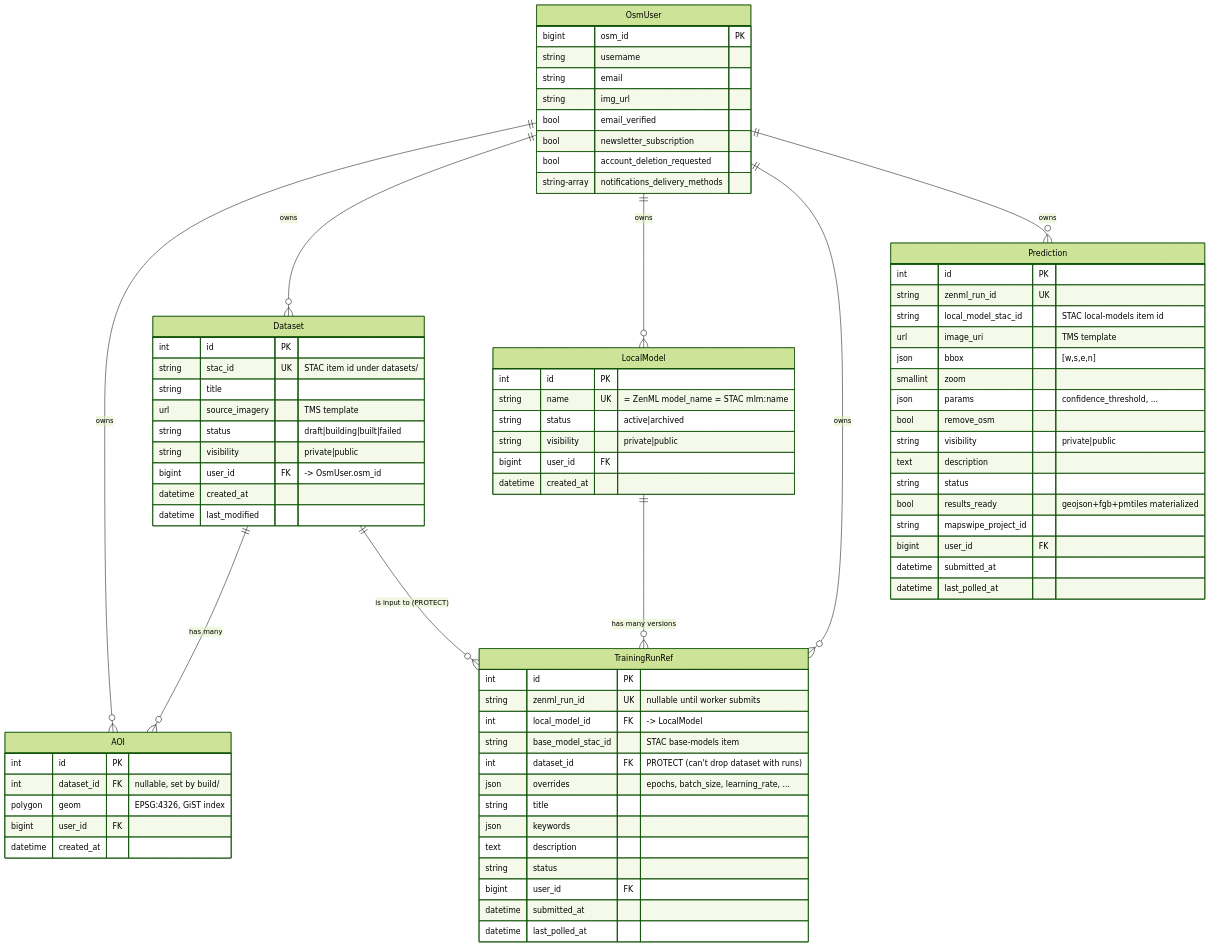
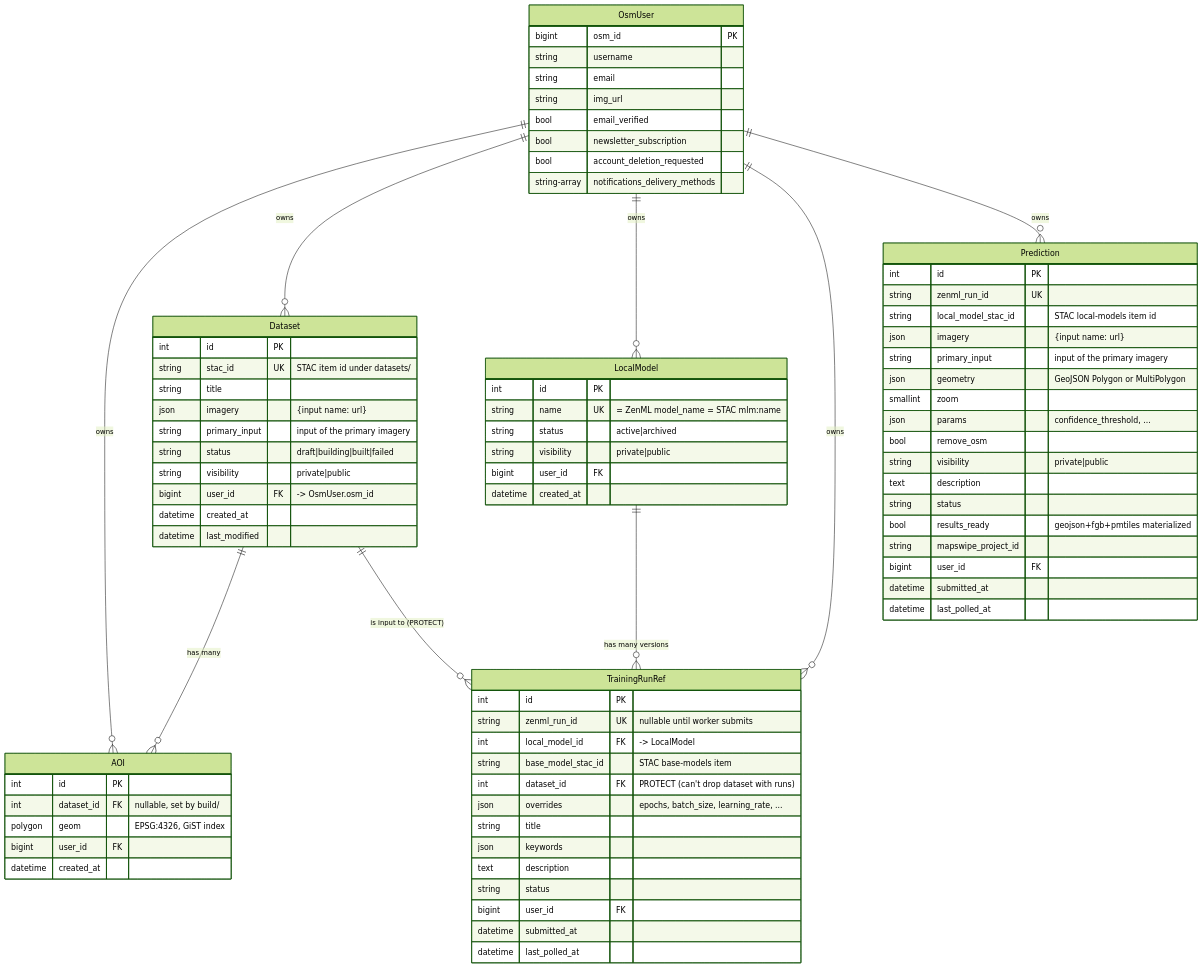
Before and after one commit to hotosm/fAIr: the second of 2 diagrams in backend/ARCHITECTURE.md, drawn with Mermaid (forest theme). The commit also changed other lines of this file and 45 other files, not shown here.

First line of the commit message:
fix(fix-producer-stac-with-name): add model pre post url imagery consistency

```diff
--- a/backend/ARCHITECTURE.md
+++ b/backend/ARCHITECTURE.md
@@ -68,7 +68,8 @@
         int id PK
         string stac_id UK "STAC item id under datasets/"
         string title
-        url source_imagery "TMS template"
+        json imagery "{input name: url}"
+        string primary_input "input of the primary imagery"
         string status "draft|building|built|failed"
         string visibility "private|public"
         bigint user_id FK "-> OsmUser.osm_id"
@@ -113,8 +114,9 @@
         int id PK
         string zenml_run_id UK
         string local_model_stac_id "STAC local-models item id"
-        url image_uri "TMS template"
-        json bbox "[w,s,e,n]"
+        json imagery "{input name: url}"
+        string primary_input "input of the primary imagery"
+        json geometry "GeoJSON Polygon or MultiPolygon"
         smallint zoom
         json params "confidence_threshold, ..."
         bool remove_osm
```
